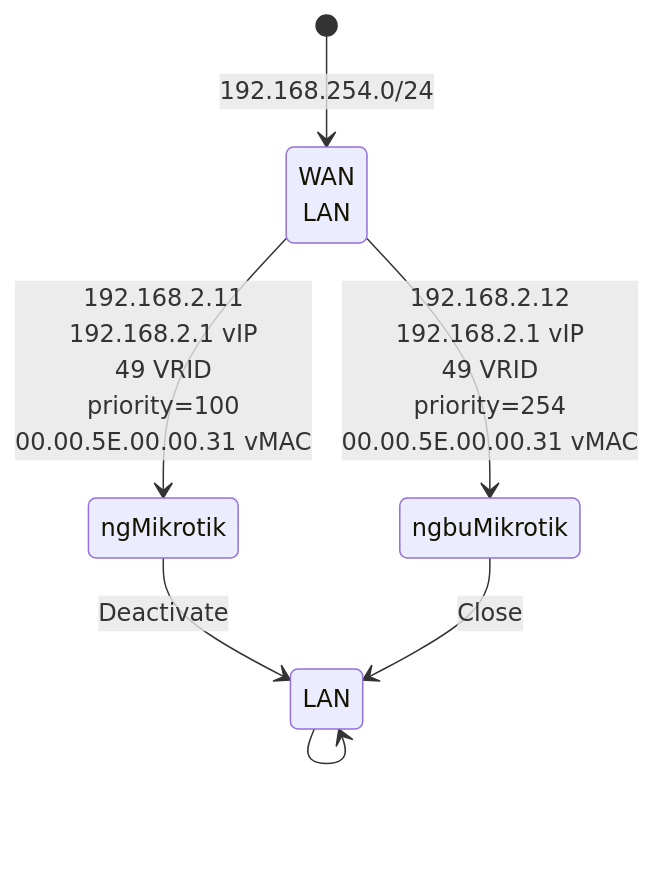
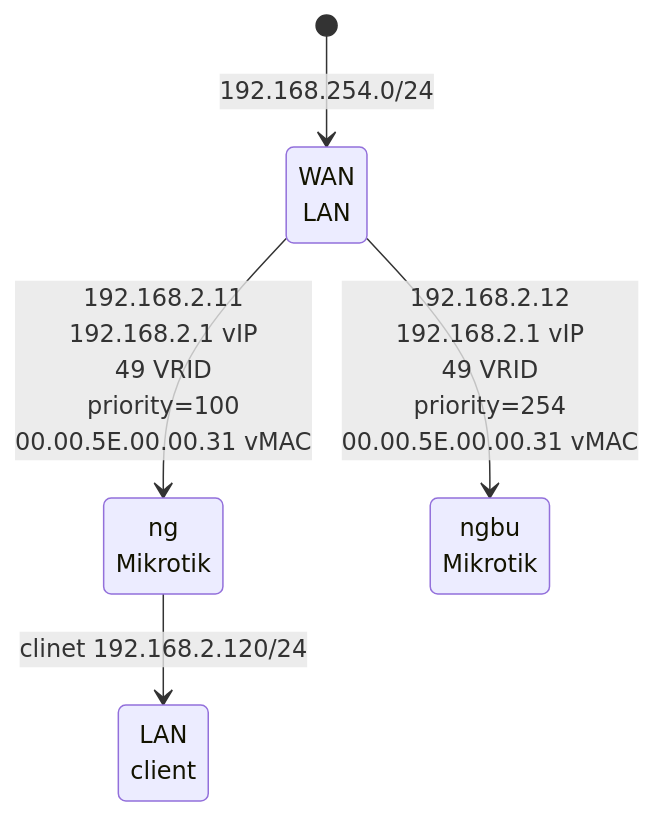
One commit to christrees/wip changed the diagram in labnotes/mikrotik-vrrp.md. Above: the diagram before and after it, drawn with Mermaid.

````diff
--- a/labnotes/mikrotik-vrrp.md
+++ b/labnotes/mikrotik-vrrp.md
@@ -3,10 +3,7 @@
 ```mermaid
 stateDiagram
     [*] --> WAN<br>LAN : 192.168.254.0/24
-    WAN<br>LAN --> ngMikrotik : 192.168.2.11 <br> 192.168.2.1 vIP <br> 49 VRID <br> priority=100 <br> 00.00.5E.00.00.31 vMAC
-    WAN<br>LAN --> ngbuMikrotik : 192.168.2.12 <br> 192.168.2.1 vIP <br> 49 VRID <br> priority=254 <br> 00.00.5E.00.00.31 vMAC
-    ngMikrotik --> LAN : Deactivate
-    ngbuMikrotik --> LAN : Close
-    LAN --> LAN
-  
+    WAN<br>LAN --> ng<br>Mikrotik : 192.168.2.11 <br> 192.168.2.1 vIP <br> 49 VRID <br> priority=100 <br> 00.00.5E.00.00.31 vMAC
+    WAN<br>LAN --> ngbu<br>Mikrotik : 192.168.2.12 <br> 192.168.2.1 vIP <br> 49 VRID <br> priority=254 <br> 00.00.5E.00.00.31 vMAC
+    ng<br>Mikrotik --> LAN<br>client : clinet 192.168.2.120/24
 ```
````
